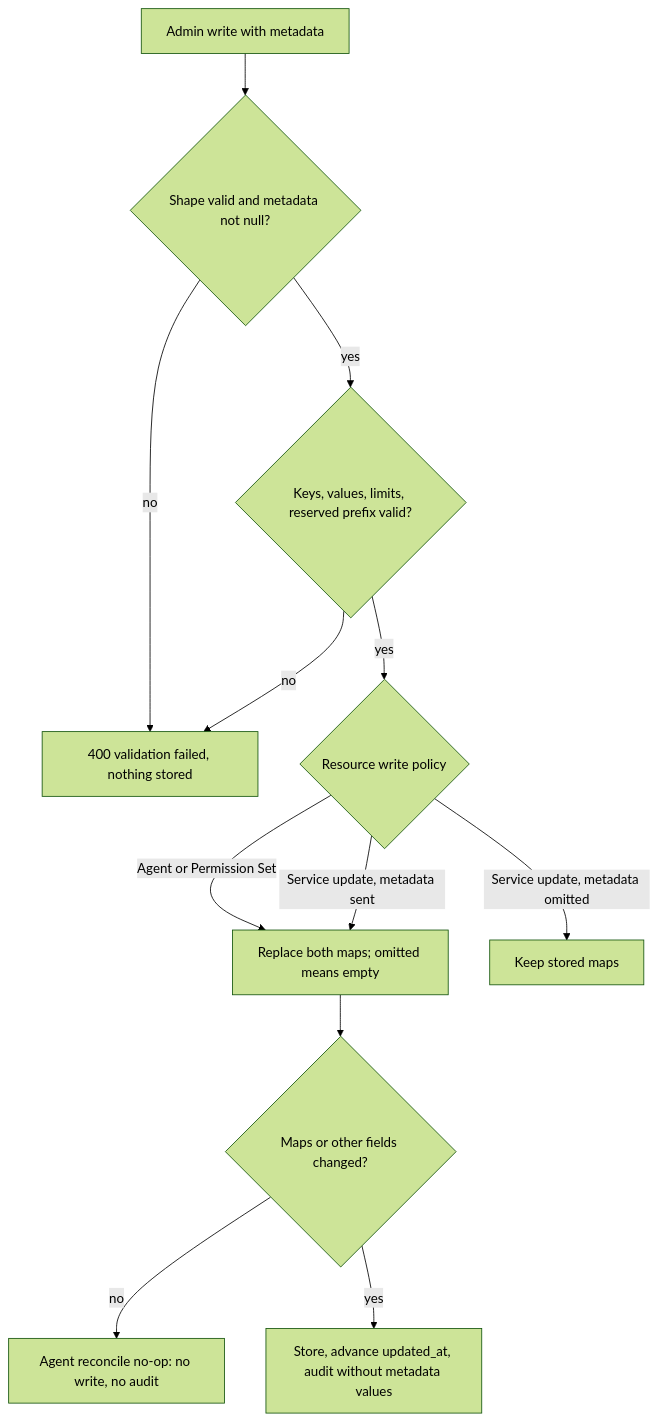
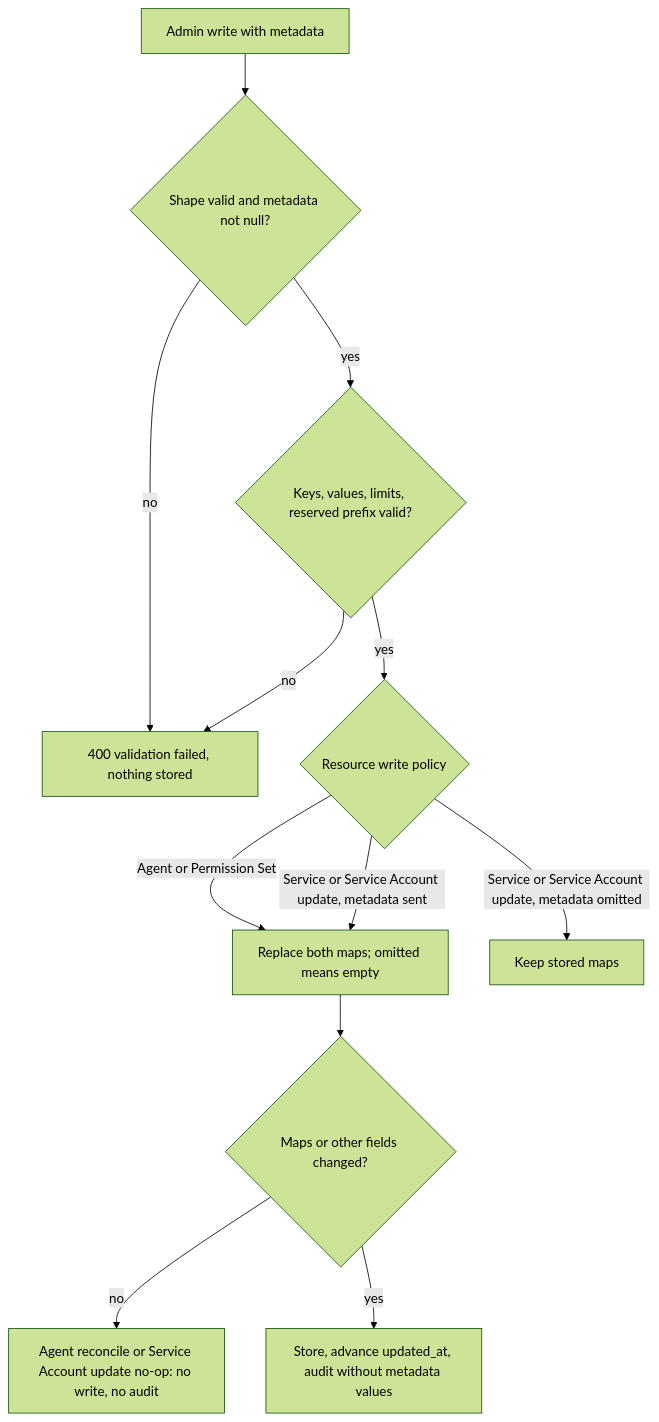
One commit to zalando-incubator/agentic-identity-broker changed the second of 2 diagrams in specs/20261127-093439-object-labels-annotations/spec.md. Above: the diagram before and after it, drawn with Mermaid (forest theme). The commit also changed other lines of this file and 25 other files, not shown here.

````diff
--- a/specs/20261127-093439-object-labels-annotations/spec.md
+++ b/specs/20261127-093439-object-labels-annotations/spec.md
@@ -502,14 +649,14 @@
 ```mermaid
 flowchart TD
     A["Admin write with metadata"] --> B{"Shape valid and metadata not null?"}
     B -- no --> X["400 validation failed, nothing stored"]
     B -- yes --> C{"Keys, values, limits, reserved prefix valid?"}
     C -- no --> X
     C -- yes --> D{"Resource write policy"}
     D -- "Agent or Permission Set" --> E["Replace both maps; omitted means empty"]
-    D -- "Service update, metadata omitted" --> F["Keep stored maps"]
-    D -- "Service update, metadata sent" --> E
+    D -- "Service or Service Account update, metadata omitted" --> F["Keep stored maps"]
+    D -- "Service or Service Account update, metadata sent" --> E
     E --> G{"Maps or other fields changed?"}
-    G -- no --> H["Agent reconcile no-op: no write, no audit"]
+    G -- no --> H["Agent reconcile or Service Account update no-op: no write, no audit"]
     G -- yes --> I["Store, advance updated_at, audit without metadata values"]
 ```
````
